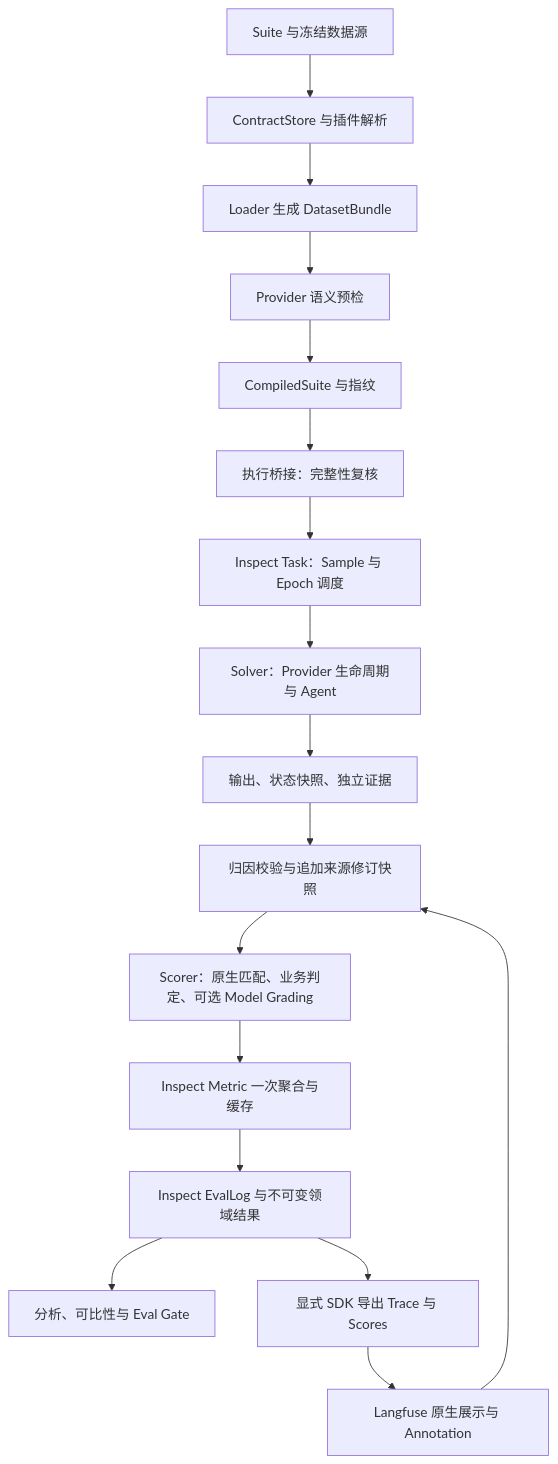
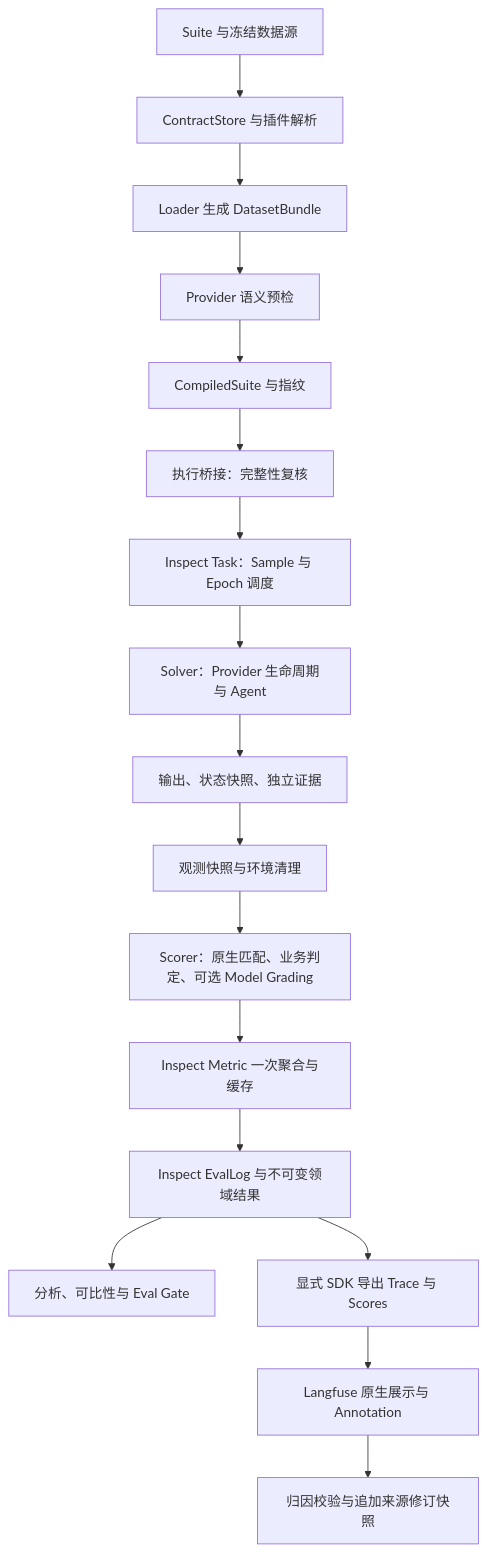
Before and after one commit to tester-yuanyu/agent_eval_harness: the diagram in packages/evaluator/docs/architecture.md, drawn with Mermaid. The commit also changed other lines of this file and 133 other files, not shown here.

````diff
--- a/packages/evaluator/docs/architecture.md
+++ b/packages/evaluator/docs/architecture.md
@@ -35,19 +37,19 @@
 ```mermaid
 flowchart TD
     A[Suite 与冻结数据源] --> B[ContractStore 与插件解析]
     B --> C[Loader 生成 DatasetBundle]
     C --> D[Provider 语义预检]
     D --> E[CompiledSuite 与指纹]
     E --> F[执行桥接：完整性复核]
     F --> G[Inspect Task：Sample 与 Epoch 调度]
     G --> H[Solver：Provider 生命周期与 Agent]
     H --> I[输出、状态快照、独立证据]
     I --> P[观测快照与环境清理]
     P --> J[Scorer：原生匹配、业务判定、可选 Model Grading]
     J --> K[Inspect Metric 一次聚合与缓存]
     K --> L[Inspect EvalLog 与不可变领域结果]
     L --> M[分析、可比性与 Eval Gate]
     L --> N[显式 SDK 导出 Trace 与 Scores]
     N --> O[Langfuse 原生展示与 Annotation]
-    O --> P[归因校验与追加来源修订快照]
+    O --> R[归因校验与追加来源修订快照]
 ```
````
